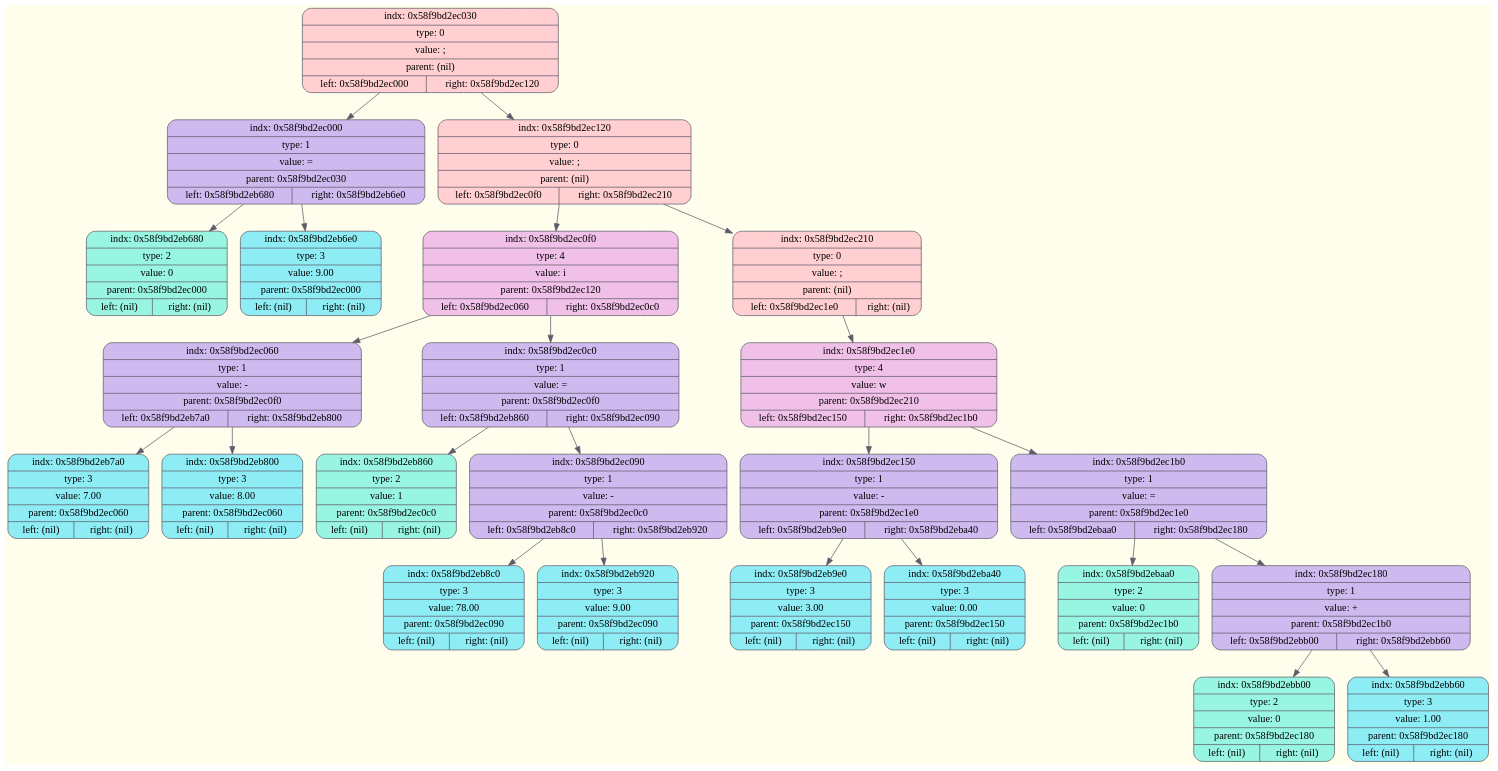
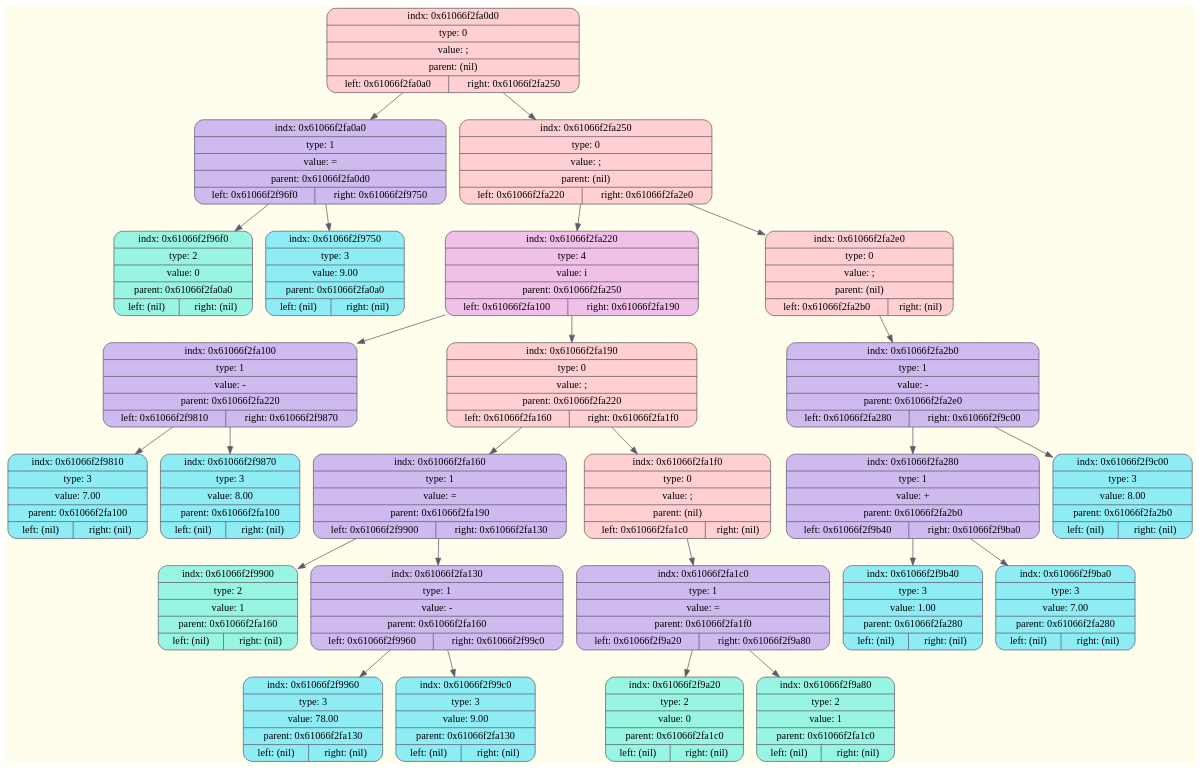
One commit to ksshkh/language changed the diagram in frontend/debug/tree.dot. Above: the diagram before and after it, drawn with Graphviz. The commit also changed 7 other files, not shown here.

```diff
--- a/frontend/debug/tree.dot
+++ b/frontend/debug/tree.dot
@@ -1,53 +1,55 @@
 digraph Tree {
 	rankdir = TB;
 	node [shape = record];
 	edge [color = "#5F5B6A"];
 	bgcolor = "#FFFEEC";
-	node0x58f9bd2ec030 [color = "#5F5B6A", shape = Mrecord, style = filled, fillcolor = "#FFCFD2", label = "{indx: 0x58f9bd2ec030 | type: 0 | value: ; | parent: (nil) | { left: 0x58f9bd2ec000 | right: 0x58f9bd2ec120}}"];
-		node0x58f9bd2ec030 -> node0x58f9bd2ec000
-	node0x58f9bd2ec000 [color = "#5F5B6A", shape = Mrecord, style = filled, fillcolor = "#CFBAF0", label = "{indx: 0x58f9bd2ec000 | type: 1 | value: = | parent: 0x58f9bd2ec030 | { left: 0x58f9bd2eb680 | right: 0x58f9bd2eb6e0}}"];
-		node0x58f9bd2ec000 -> node0x58f9bd2eb680
-	node0x58f9bd2eb680 [color = "#5F5B6A", shape = Mrecord, style = filled, fillcolor = "#98F5E1", label = "{indx: 0x58f9bd2eb680 | type: 2 | value: 0 | parent: 0x58f9bd2ec000 | { left: (nil) | right: (nil)}}"];
-		node0x58f9bd2ec000 -> node0x58f9bd2eb6e0
-	node0x58f9bd2eb6e0 [color = "#5F5B6A", shape = Mrecord, style = filled, fillcolor = "#8EECF5", label = "{indx: 0x58f9bd2eb6e0 | type: 3 | value: 9.00 | parent: 0x58f9bd2ec000 | { left: (nil) | right: (nil)}}"];
-		node0x58f9bd2ec030 -> node0x58f9bd2ec120
-	node0x58f9bd2ec120 [color = "#5F5B6A", shape = Mrecord, style = filled, fillcolor = "#FFCFD2", label = "{indx: 0x58f9bd2ec120 | type: 0 | value: ; | parent: (nil) | { left: 0x58f9bd2ec0f0 | right: 0x58f9bd2ec210}}"];
-		node0x58f9bd2ec120 -> node0x58f9bd2ec0f0
-	node0x58f9bd2ec0f0 [color = "#5F5B6A", shape = Mrecord, style = filled, fillcolor = "#F1C0E8", label = "{indx: 0x58f9bd2ec0f0 | type: 4 | value: i | parent: 0x58f9bd2ec120 | { left: 0x58f9bd2ec060 | right: 0x58f9bd2ec0c0}}"];
-		node0x58f9bd2ec0f0 -> node0x58f9bd2ec060
-	node0x58f9bd2ec060 [color = "#5F5B6A", shape = Mrecord, style = filled, fillcolor = "#CFBAF0", label = "{indx: 0x58f9bd2ec060 | type: 1 | value: - | parent: 0x58f9bd2ec0f0 | { left: 0x58f9bd2eb7a0 | right: 0x58f9bd2eb800}}"];
-		node0x58f9bd2ec060 -> node0x58f9bd2eb7a0
-	node0x58f9bd2eb7a0 [color = "#5F5B6A", shape = Mrecord, style = filled, fillcolor = "#8EECF5", label = "{indx: 0x58f9bd2eb7a0 | type: 3 | value: 7.00 | parent: 0x58f9bd2ec060 | { left: (nil) | right: (nil)}}"];
-		node0x58f9bd2ec060 -> node0x58f9bd2eb800
-	node0x58f9bd2eb800 [color = "#5F5B6A", shape = Mrecord, style = filled, fillcolor = "#8EECF5", label = "{indx: 0x58f9bd2eb800 | type: 3 | value: 8.00 | parent: 0x58f9bd2ec060 | { left: (nil) | right: (nil)}}"];
-		node0x58f9bd2ec0f0 -> node0x58f9bd2ec0c0
-	node0x58f9bd2ec0c0 [color = "#5F5B6A", shape = Mrecord, style = filled, fillcolor = "#CFBAF0", label = "{indx: 0x58f9bd2ec0c0 | type: 1 | value: = | parent: 0x58f9bd2ec0f0 | { left: 0x58f9bd2eb860 | right: 0x58f9bd2ec090}}"];
-		node0x58f9bd2ec0c0 -> node0x58f9bd2eb860
-	node0x58f9bd2eb860 [color = "#5F5B6A", shape = Mrecord, style = filled, fillcolor = "#98F5E1", label = "{indx: 0x58f9bd2eb860 | type: 2 | value: 1 | parent: 0x58f9bd2ec0c0 | { left: (nil) | right: (nil)}}"];
-		node0x58f9bd2ec0c0 -> node0x58f9bd2ec090
-	node0x58f9bd2ec090 [color = "#5F5B6A", shape = Mrecord, style = filled, fillcolor = "#CFBAF0", label = "{indx: 0x58f9bd2ec090 | type: 1 | value: - | parent: 0x58f9bd2ec0c0 | { left: 0x58f9bd2eb8c0 | right: 0x58f9bd2eb920}}"];
-		node0x58f9bd2ec090 -> node0x58f9bd2eb8c0
-	node0x58f9bd2eb8c0 [color = "#5F5B6A", shape = Mrecord, style = filled, fillcolor = "#8EECF5", label = "{indx: 0x58f9bd2eb8c0 | type: 3 | value: 78.00 | parent: 0x58f9bd2ec090 | { left: (nil) | right: (nil)}}"];
-		node0x58f9bd2ec090 -> node0x58f9bd2eb920
-	node0x58f9bd2eb920 [color = "#5F5B6A", shape = Mrecord, style = filled, fillcolor = "#8EECF5", label = "{indx: 0x58f9bd2eb920 | type: 3 | value: 9.00 | parent: 0x58f9bd2ec090 | { left: (nil) | right: (nil)}}"];
-		node0x58f9bd2ec120 -> node0x58f9bd2ec210
-	node0x58f9bd2ec210 [color = "#5F5B6A", shape = Mrecord, style = filled, fillcolor = "#FFCFD2", label = "{indx: 0x58f9bd2ec210 | type: 0 | value: ; | parent: (nil) | { left: 0x58f9bd2ec1e0 | right: (nil)}}"];
-		node0x58f9bd2ec210 -> node0x58f9bd2ec1e0
-	node0x58f9bd2ec1e0 [color = "#5F5B6A", shape = Mrecord, style = filled, fillcolor = "#F1C0E8", label = "{indx: 0x58f9bd2ec1e0 | type: 4 | value: w | parent: 0x58f9bd2ec210 | { left: 0x58f9bd2ec150 | right: 0x58f9bd2ec1b0}}"];
-		node0x58f9bd2ec1e0 -> node0x58f9bd2ec150
-	node0x58f9bd2ec150 [color = "#5F5B6A", shape = Mrecord, style = filled, fillcolor = "#CFBAF0", label = "{indx: 0x58f9bd2ec150 | type: 1 | value: - | parent: 0x58f9bd2ec1e0 | { left: 0x58f9bd2eb9e0 | right: 0x58f9bd2eba40}}"];
-		node0x58f9bd2ec150 -> node0x58f9bd2eb9e0
-	node0x58f9bd2eb9e0 [color = "#5F5B6A", shape = Mrecord, style = filled, fillcolor = "#8EECF5", label = "{indx: 0x58f9bd2eb9e0 | type: 3 | value: 3.00 | parent: 0x58f9bd2ec150 | { left: (nil) | right: (nil)}}"];
-		node0x58f9bd2ec150 -> node0x58f9bd2eba40
-	node0x58f9bd2eba40 [color = "#5F5B6A", shape = Mrecord, style = filled, fillcolor = "#8EECF5", label = "{indx: 0x58f9bd2eba40 | type: 3 | value: 0.00 | parent: 0x58f9bd2ec150 | { left: (nil) | right: (nil)}}"];
-		node0x58f9bd2ec1e0 -> node0x58f9bd2ec1b0
-	node0x58f9bd2ec1b0 [color = "#5F5B6A", shape = Mrecord, style = filled, fillcolor = "#CFBAF0", label = "{indx: 0x58f9bd2ec1b0 | type: 1 | value: = | parent: 0x58f9bd2ec1e0 | { left: 0x58f9bd2ebaa0 | right: 0x58f9bd2ec180}}"];
-		node0x58f9bd2ec1b0 -> node0x58f9bd2ebaa0
-	node0x58f9bd2ebaa0 [color = "#5F5B6A", shape = Mrecord, style = filled, fillcolor = "#98F5E1", label = "{indx: 0x58f9bd2ebaa0 | type: 2 | value: 0 | parent: 0x58f9bd2ec1b0 | { left: (nil) | right: (nil)}}"];
-		node0x58f9bd2ec1b0 -> node0x58f9bd2ec180
-	node0x58f9bd2ec180 [color = "#5F5B6A", shape = Mrecord, style = filled, fillcolor = "#CFBAF0", label = "{indx: 0x58f9bd2ec180 | type: 1 | value: + | parent: 0x58f9bd2ec1b0 | { left: 0x58f9bd2ebb00 | right: 0x58f9bd2ebb60}}"];
-		node0x58f9bd2ec180 -> node0x58f9bd2ebb00
-	node0x58f9bd2ebb00 [color = "#5F5B6A", shape = Mrecord, style = filled, fillcolor = "#98F5E1", label = "{indx: 0x58f9bd2ebb00 | type: 2 | value: 0 | parent: 0x58f9bd2ec180 | { left: (nil) | right: (nil)}}"];
-		node0x58f9bd2ec180 -> node0x58f9bd2ebb60
-	node0x58f9bd2ebb60 [color = "#5F5B6A", shape = Mrecord, style = filled, fillcolor = "#8EECF5", label = "{indx: 0x58f9bd2ebb60 | type: 3 | value: 1.00 | parent: 0x58f9bd2ec180 | { left: (nil) | right: (nil)}}"];
+	node0x61066f2fa0d0 [color = "#5F5B6A", shape = Mrecord, style = filled, fillcolor = "#FFCFD2", label = "{indx: 0x61066f2fa0d0 | type: 0 | value: ; | parent: (nil) | { left: 0x61066f2fa0a0 | right: 0x61066f2fa250}}"];
+		node0x61066f2fa0d0 -> node0x61066f2fa0a0
+	node0x61066f2fa0a0 [color = "#5F5B6A", shape = Mrecord, style = filled, fillcolor = "#CFBAF0", label = "{indx: 0x61066f2fa0a0 | type: 1 | value: = | parent: 0x61066f2fa0d0 | { left: 0x61066f2f96f0 | right: 0x61066f2f9750}}"];
+		node0x61066f2fa0a0 -> node0x61066f2f96f0
+	node0x61066f2f96f0 [color = "#5F5B6A", shape = Mrecord, style = filled, fillcolor = "#98F5E1", label = "{indx: 0x61066f2f96f0 | type: 2 | value: 0 | parent: 0x61066f2fa0a0 | { left: (nil) | right: (nil)}}"];
+		node0x61066f2fa0a0 -> node0x61066f2f9750
+	node0x61066f2f9750 [color = "#5F5B6A", shape = Mrecord, style = filled, fillcolor = "#8EECF5", label = "{indx: 0x61066f2f9750 | type: 3 | value: 9.00 | parent: 0x61066f2fa0a0 | { left: (nil) | right: (nil)}}"];
+		node0x61066f2fa0d0 -> node0x61066f2fa250
+	node0x61066f2fa250 [color = "#5F5B6A", shape = Mrecord, style = filled, fillcolor = "#FFCFD2", label = "{indx: 0x61066f2fa250 | type: 0 | value: ; | parent: (nil) | { left: 0x61066f2fa220 | right: 0x61066f2fa2e0}}"];
+		node0x61066f2fa250 -> node0x61066f2fa220
+	node0x61066f2fa220 [color = "#5F5B6A", shape = Mrecord, style = filled, fillcolor = "#F1C0E8", label = "{indx: 0x61066f2fa220 | type: 4 | value: i | parent: 0x61066f2fa250 | { left: 0x61066f2fa100 | right: 0x61066f2fa190}}"];
+		node0x61066f2fa220 -> node0x61066f2fa100
+	node0x61066f2fa100 [color = "#5F5B6A", shape = Mrecord, style = filled, fillcolor = "#CFBAF0", label = "{indx: 0x61066f2fa100 | type: 1 | value: - | parent: 0x61066f2fa220 | { left: 0x61066f2f9810 | right: 0x61066f2f9870}}"];
+		node0x61066f2fa100 -> node0x61066f2f9810
+	node0x61066f2f9810 [color = "#5F5B6A", shape = Mrecord, style = filled, fillcolor = "#8EECF5", label = "{indx: 0x61066f2f9810 | type: 3 | value: 7.00 | parent: 0x61066f2fa100 | { left: (nil) | right: (nil)}}"];
+		node0x61066f2fa100 -> node0x61066f2f9870
+	node0x61066f2f9870 [color = "#5F5B6A", shape = Mrecord, style = filled, fillcolor = "#8EECF5", label = "{indx: 0x61066f2f9870 | type: 3 | value: 8.00 | parent: 0x61066f2fa100 | { left: (nil) | right: (nil)}}"];
+		node0x61066f2fa220 -> node0x61066f2fa190
+	node0x61066f2fa190 [color = "#5F5B6A", shape = Mrecord, style = filled, fillcolor = "#FFCFD2", label = "{indx: 0x61066f2fa190 | type: 0 | value: ; | parent: 0x61066f2fa220 | { left: 0x61066f2fa160 | right: 0x61066f2fa1f0}}"];
+		node0x61066f2fa190 -> node0x61066f2fa160
+	node0x61066f2fa160 [color = "#5F5B6A", shape = Mrecord, style = filled, fillcolor = "#CFBAF0", label = "{indx: 0x61066f2fa160 | type: 1 | value: = | parent: 0x61066f2fa190 | { left: 0x61066f2f9900 | right: 0x61066f2fa130}}"];
+		node0x61066f2fa160 -> node0x61066f2f9900
+	node0x61066f2f9900 [color = "#5F5B6A", shape = Mrecord, style = filled, fillcolor = "#98F5E1", label = "{indx: 0x61066f2f9900 | type: 2 | value: 1 | parent: 0x61066f2fa160 | { left: (nil) | right: (nil)}}"];
+		node0x61066f2fa160 -> node0x61066f2fa130
+	node0x61066f2fa130 [color = "#5F5B6A", shape = Mrecord, style = filled, fillcolor = "#CFBAF0", label = "{indx: 0x61066f2fa130 | type: 1 | value: - | parent: 0x61066f2fa160 | { left: 0x61066f2f9960 | right: 0x61066f2f99c0}}"];
+		node0x61066f2fa130 -> node0x61066f2f9960
+	node0x61066f2f9960 [color = "#5F5B6A", shape = Mrecord, style = filled, fillcolor = "#8EECF5", label = "{indx: 0x61066f2f9960 | type: 3 | value: 78.00 | parent: 0x61066f2fa130 | { left: (nil) | right: (nil)}}"];
+		node0x61066f2fa130 -> node0x61066f2f99c0
+	node0x61066f2f99c0 [color = "#5F5B6A", shape = Mrecord, style = filled, fillcolor = "#8EECF5", label = "{indx: 0x61066f2f99c0 | type: 3 | value: 9.00 | parent: 0x61066f2fa130 | { left: (nil) | right: (nil)}}"];
+		node0x61066f2fa190 -> node0x61066f2fa1f0
+	node0x61066f2fa1f0 [color = "#5F5B6A", shape = Mrecord, style = filled, fillcolor = "#FFCFD2", label = "{indx: 0x61066f2fa1f0 | type: 0 | value: ; | parent: (nil) | { left: 0x61066f2fa1c0 | right: (nil)}}"];
+		node0x61066f2fa1f0 -> node0x61066f2fa1c0
+	node0x61066f2fa1c0 [color = "#5F5B6A", shape = Mrecord, style = filled, fillcolor = "#CFBAF0", label = "{indx: 0x61066f2fa1c0 | type: 1 | value: = | parent: 0x61066f2fa1f0 | { left: 0x61066f2f9a20 | right: 0x61066f2f9a80}}"];
+		node0x61066f2fa1c0 -> node0x61066f2f9a20
+	node0x61066f2f9a20 [color = "#5F5B6A", shape = Mrecord, style = filled, fillcolor = "#98F5E1", label = "{indx: 0x61066f2f9a20 | type: 2 | value: 0 | parent: 0x61066f2fa1c0 | { left: (nil) | right: (nil)}}"];
+		node0x61066f2fa1c0 -> node0x61066f2f9a80
+	node0x61066f2f9a80 [color = "#5F5B6A", shape = Mrecord, style = filled, fillcolor = "#98F5E1", label = "{indx: 0x61066f2f9a80 | type: 2 | value: 1 | parent: 0x61066f2fa1c0 | { left: (nil) | right: (nil)}}"];
+		node0x61066f2fa250 -> node0x61066f2fa2e0
+	node0x61066f2fa2e0 [color = "#5F5B6A", shape = Mrecord, style = filled, fillcolor = "#FFCFD2", label = "{indx: 0x61066f2fa2e0 | type: 0 | value: ; | parent: (nil) | { left: 0x61066f2fa2b0 | right: (nil)}}"];
+		node0x61066f2fa2e0 -> node0x61066f2fa2b0
+	node0x61066f2fa2b0 [color = "#5F5B6A", shape = Mrecord, style = filled, fillcolor = "#CFBAF0", label = "{indx: 0x61066f2fa2b0 | type: 1 | value: - | parent: 0x61066f2fa2e0 | { left: 0x61066f2fa280 | right: 0x61066f2f9c00}}"];
+		node0x61066f2fa2b0 -> node0x61066f2fa280
+	node0x61066f2fa280 [color = "#5F5B6A", shape = Mrecord, style = filled, fillcolor = "#CFBAF0", label = "{indx: 0x61066f2fa280 | type: 1 | value: + | parent: 0x61066f2fa2b0 | { left: 0x61066f2f9b40 | right: 0x61066f2f9ba0}}"];
+		node0x61066f2fa280 -> node0x61066f2f9b40
+	node0x61066f2f9b40 [color = "#5F5B6A", shape = Mrecord, style = filled, fillcolor = "#8EECF5", label = "{indx: 0x61066f2f9b40 | type: 3 | value: 1.00 | parent: 0x61066f2fa280 | { left: (nil) | right: (nil)}}"];
+		node0x61066f2fa280 -> node0x61066f2f9ba0
+	node0x61066f2f9ba0 [color = "#5F5B6A", shape = Mrecord, style = filled, fillcolor = "#8EECF5", label = "{indx: 0x61066f2f9ba0 | type: 3 | value: 7.00 | parent: 0x61066f2fa280 | { left: (nil) | right: (nil)}}"];
+		node0x61066f2fa2b0 -> node0x61066f2f9c00
+	node0x61066f2f9c00 [color = "#5F5B6A", shape = Mrecord, style = filled, fillcolor = "#8EECF5", label = "{indx: 0x61066f2f9c00 | type: 3 | value: 8.00 | parent: 0x61066f2fa2b0 | { left: (nil) | right: (nil)}}"];
 }
```
